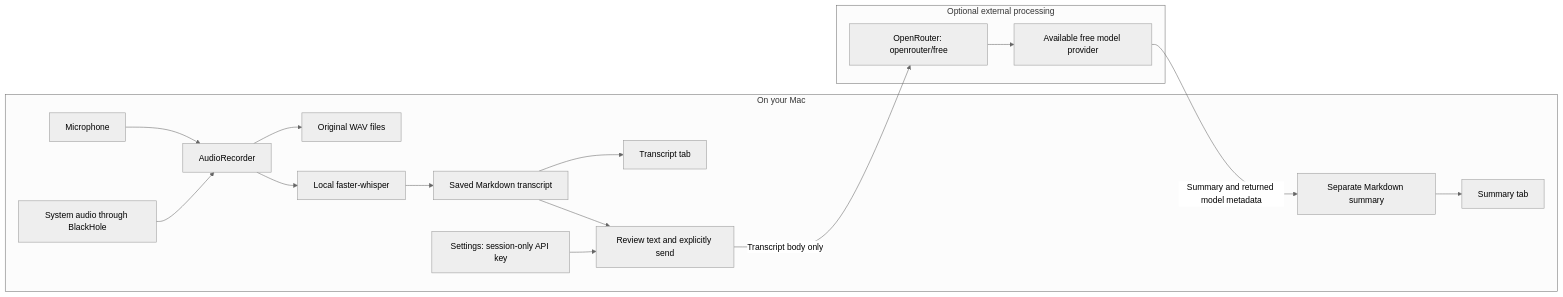
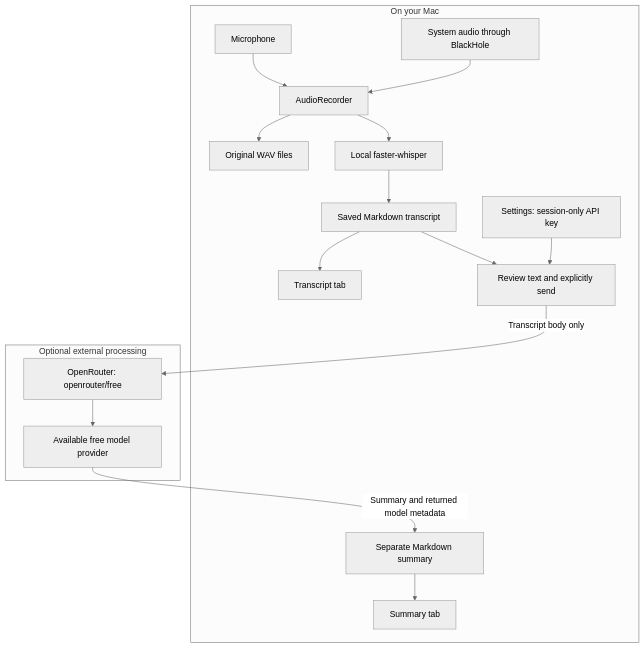
Before and after one commit to GChaucer/source-transcriber: the diagram in docs/updates/openrouter.md, drawn with Mermaid (neutral theme).

Commit message:
Make architecture diagram readable at GitHub page width

````diff
--- a/docs/updates/openrouter.md
+++ b/docs/updates/openrouter.md
@@ -25,19 +25,19 @@
 ```mermaid
-flowchart LR
+flowchart TB
     subgraph Local[On your Mac]
         Mic[Microphone] --> Capture[AudioRecorder]
         System[System audio through BlackHole] --> Capture
         Capture --> WAV[Original WAV files]
         Capture --> Whisper[Local faster-whisper]
         Whisper --> Transcript[Saved Markdown transcript]
         Transcript --> Read[Transcript tab]
         Transcript --> Preview[Review text and explicitly send]
         Settings[Settings: session-only API key] --> Preview
         SavedSummary[Separate Markdown summary] --> SummaryTab[Summary tab]
     end
     subgraph Cloud[Optional external processing]
         Router[OpenRouter: openrouter/free] --> Model[Available free model provider]
     end
     Preview -->|Transcript body only| Router
     Model -->|Summary and returned model metadata| SavedSummary
 ```
````
